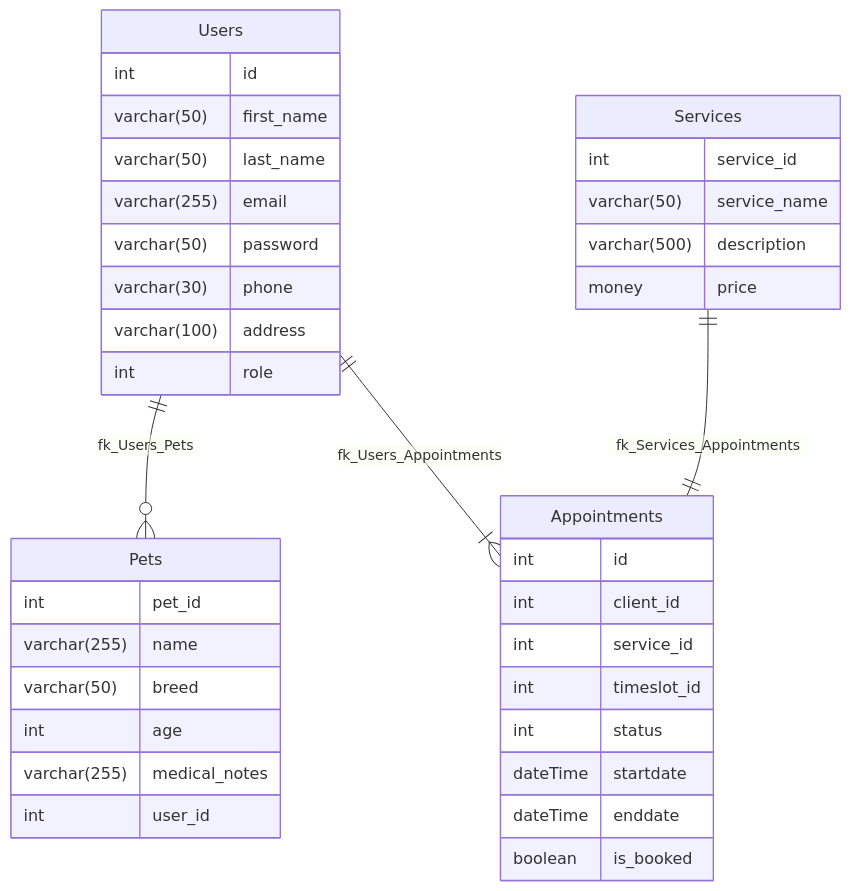
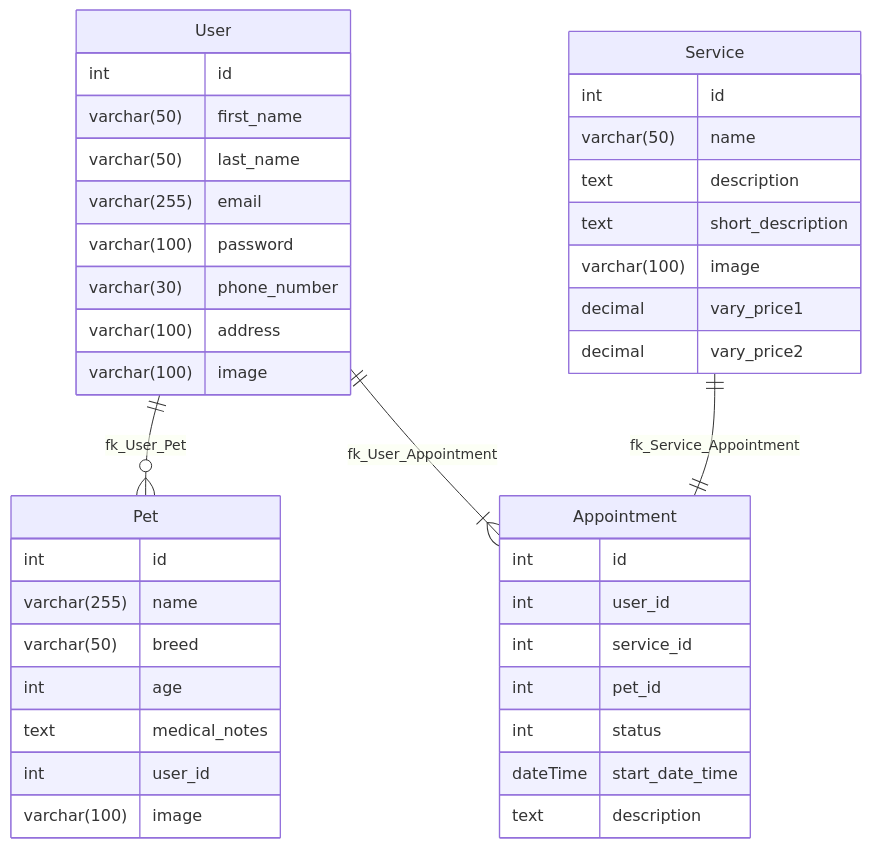
One commit to Jordan-Boulton1/woof-wash-grooming changed the diagram in README.md. Above: the diagram before and after it, drawn with Mermaid. The commit also changed other lines of this file and 3 other files, not shown here.

````diff
--- a/README.md
+++ b/README.md
@@ -223,44 +237,50 @@
 ```mermaid 
 erDiagram
-Users  ||--o{  Pets  : fk_Users_Pets
-Users  ||--|{  Appointments  : fk_Users_Appointments
-Services  ||--||  Appointments  : fk_Services_Appointments
+User ||--o{ Pet : fk_User_Pet
+User ||--|{ Appointment : fk_User_Appointment
+Service ||--|| Appointment : fk_Service_Appointment
 
-Users {
-int id
-varchar(50) first_name
-varchar(50) last_name
-varchar(255) email
-varchar(50) password
-varchar(30) phone
-varchar(100) address
-int role
-}
 
-Services {
-int service_id
-varchar(50) service_name
-varchar(500) description
-money price
-}
+    User {
+        int id
+        varchar(50) first_name
+        varchar(50) last_name
+        varchar(255) email
+        varchar(100) password
+        varchar(30) phone_number
+        varchar(100) address
+        varchar(100) image
 
-Pets  {
-int pet_id
-varchar(255) name
-varchar(50) breed
-int age
-varchar(255) medical_notes
-int user_id
-}
+    }
 
-Appointments  {
-int id
-int client_id
-int service_id
-int timeslot_id
-int status
-dateTime startdate
-dateTime enddate
-boolean is_booked
-}
+    Service {
+        int id
+        varchar(50) name
+        text description
+        text short_description
+        varchar(100) image
+        decimal vary_price1
+        decimal vary_price2
+    }
+
+    Pet {
+        int id
+        varchar(255) name
+        varchar(50) breed
+        int age
+        text medical_notes
+        int user_id
+        varchar(100) image
+    }
+
+    Appointment {
+        int id
+        int user_id
+        int service_id
+        int pet_id
+        int status
+        dateTime start_date_time
+        text description
+    }
+    
 ```
````
